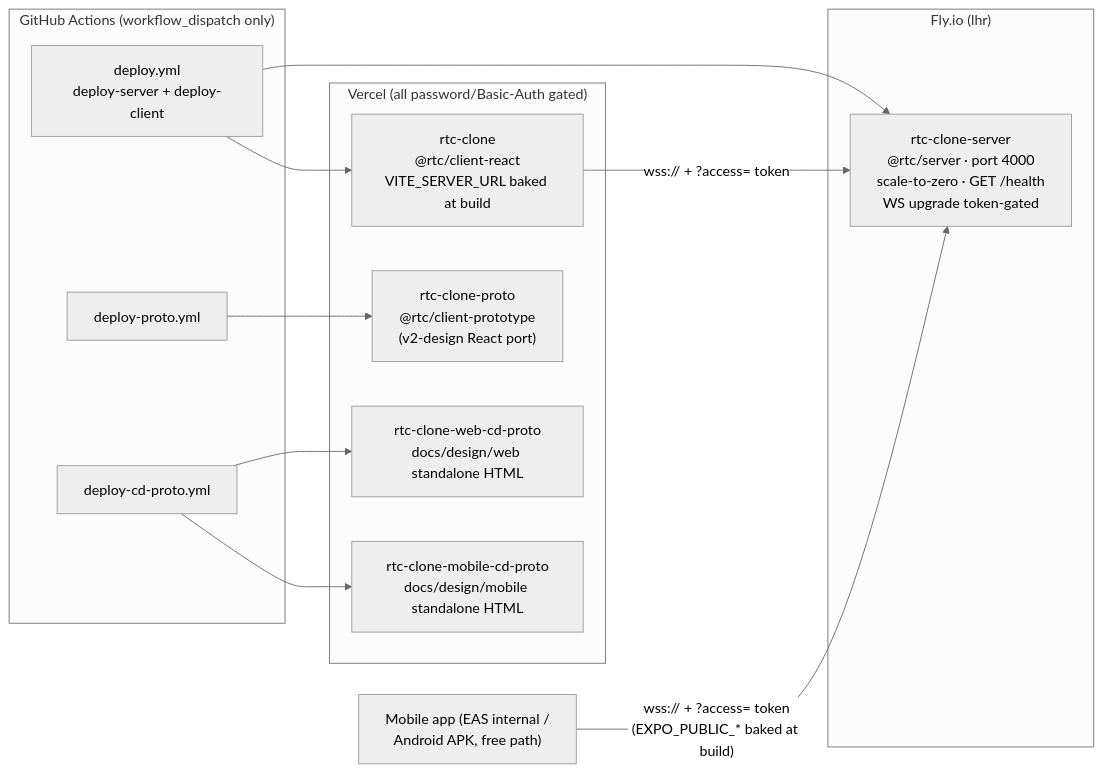
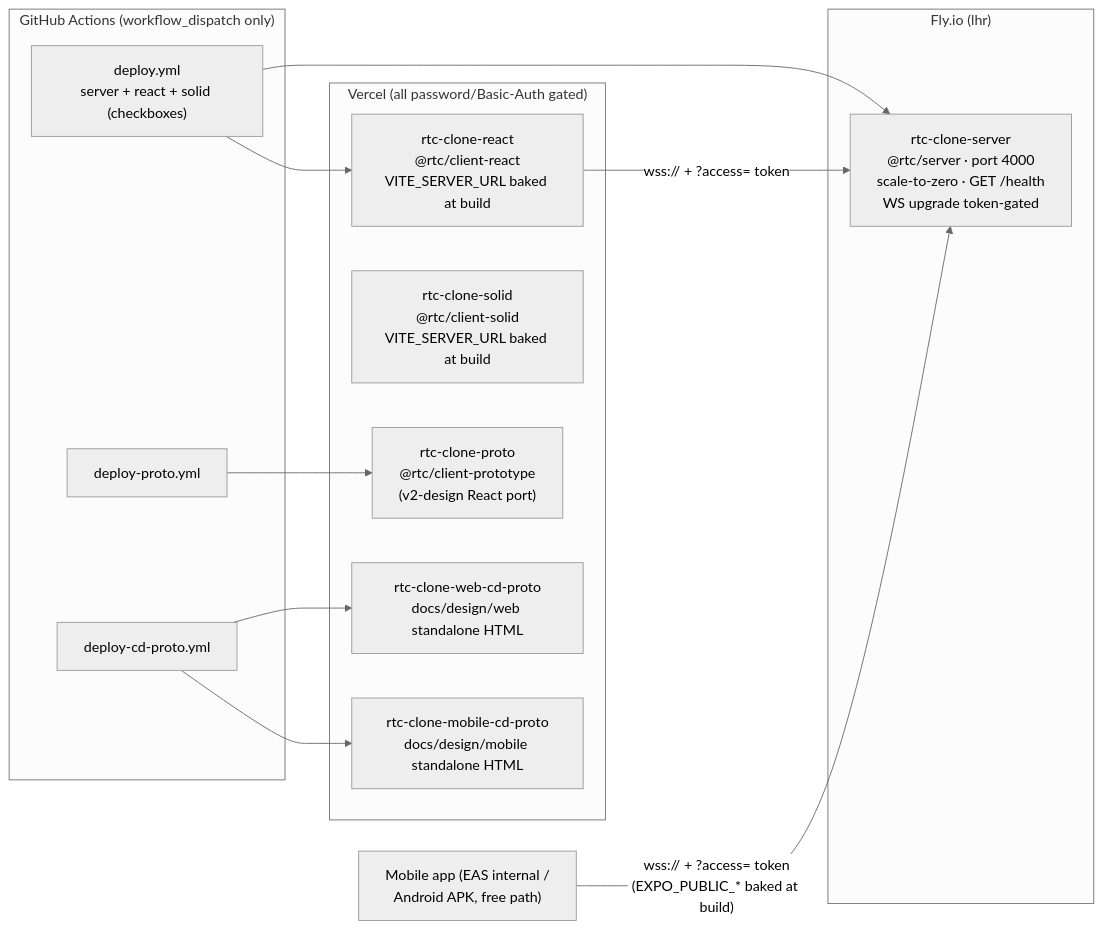
One commit to bettersoftware-io/ReactiveTraderCloudClone changed the fifth of 5 diagrams in docs/architecture/07-communication-patterns.md. Above: the diagram before and after it, drawn with Mermaid (neutral theme). The commit also changed 3 other files, not shown here.

First line of the commit message:
docs(deploy): sweep live docs for the unified Deploy workflow + rtc-clone-react

````diff
--- a/docs/architecture/07-communication-patterns.md
+++ b/docs/architecture/07-communication-patterns.md
@@ -200,29 +200,30 @@
 ```mermaid
 flowchart LR
     subgraph GH["GitHub Actions (workflow_dispatch only)"]
-        d1["deploy.yml<br/>deploy-server + deploy-client"]
+        d1["deploy.yml<br/>server + react + solid (checkboxes)"]
         d2["deploy-proto.yml"]
         d3["deploy-cd-proto.yml"]
     end
 
     subgraph Fly["Fly.io (lhr)"]
         srv["rtc-clone-server<br/>@rtc/server · port 4000<br/>scale-to-zero · GET /health<br/>WS upgrade token-gated"]
     end
 
     subgraph Vercel["Vercel (all password/Basic-Auth gated)"]
-        v1["rtc-clone<br/>@rtc/client-react<br/>VITE_SERVER_URL baked at build"]
+        v1["rtc-clone-react<br/>@rtc/client-react<br/>VITE_SERVER_URL baked at build"]
+        v1s["rtc-clone-solid<br/>@rtc/client-solid<br/>VITE_SERVER_URL baked at build"]
         v2["rtc-clone-proto<br/>@rtc/client-prototype<br/>(v2-design React port)"]
         v3["rtc-clone-web-cd-proto<br/>docs/design/web standalone HTML"]
         v4["rtc-clone-mobile-cd-proto<br/>docs/design/mobile standalone HTML"]
     end
 
     mob["Mobile app (EAS internal /<br/>Android APK, free path)"]
 
     d1 --> srv
     d1 --> v1
     d2 --> v2
     d3 --> v3
     d3 --> v4
     v1 -->|"wss:// + ?access= token"| srv
     mob -->|"wss:// + ?access= token<br/>(EXPO_PUBLIC_* baked at build)"| srv
 ```
````
